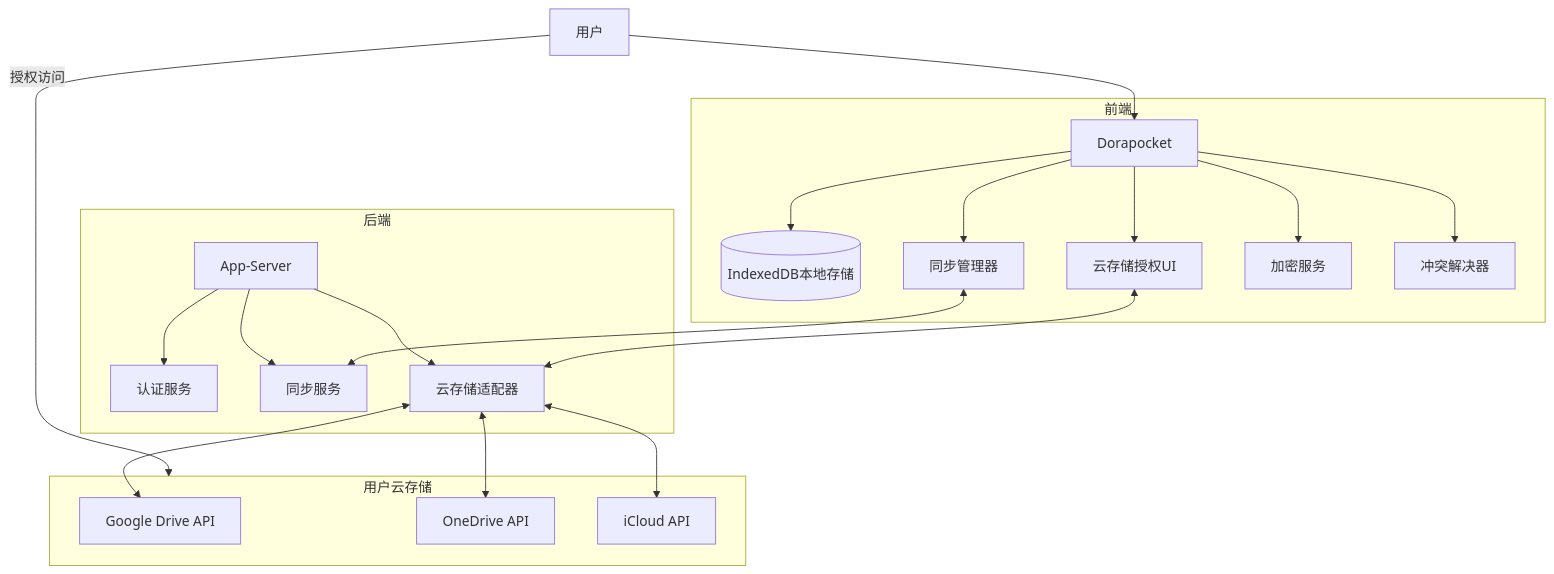
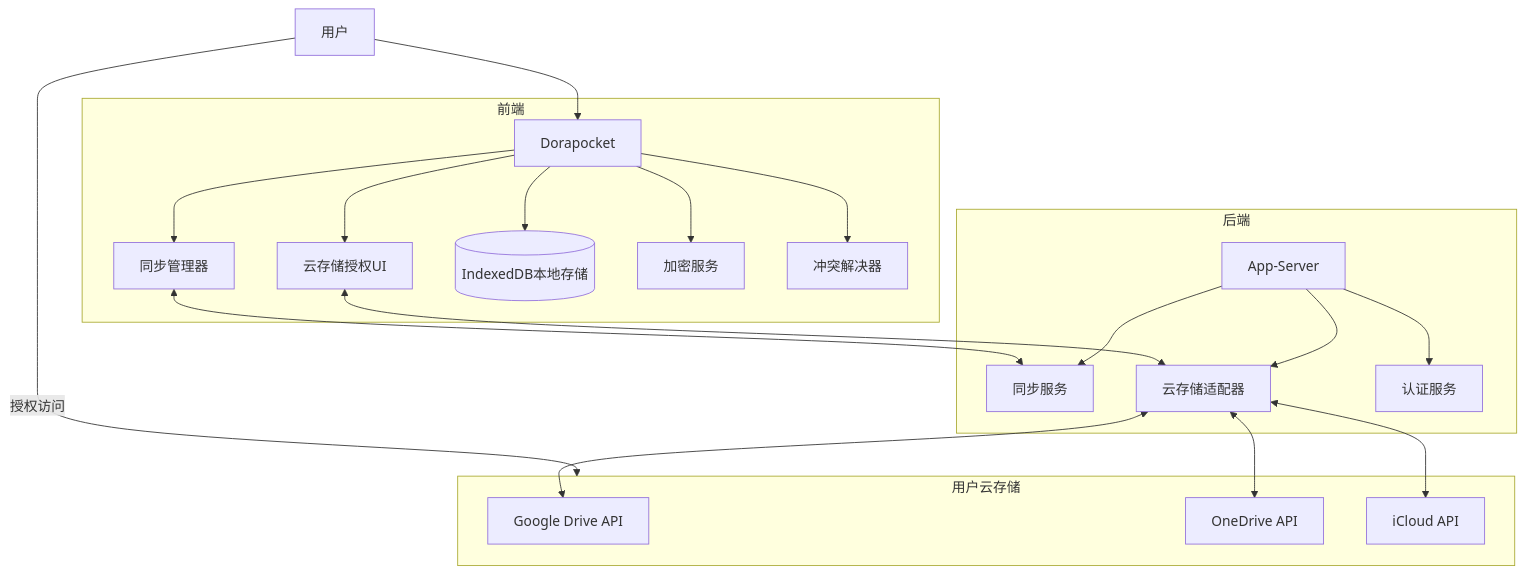
The diagram in all/未命名-34.md (yingjianzh/iodraw-files), drawn with Mermaid before and after one commit.

Commit message:
2025-04-17 10:40:46 update

````diff
--- a/all/未命名-34.md
+++ b/all/未命名-34.md
@@ -1,29 +1,30 @@
 ```mermaid
 flowchart TD
     User[用户] --> FrontEnd[Dorapocket]
-    
+    User -- "授权访问" --> 用户云存储
+    SyncManager <--> SyncService
+    CloudAuthUI <--> CloudAdapter
     subgraph 前端
         FrontEnd --> LocalDB[(IndexedDB本地存储)]
         FrontEnd --> SyncManager[同步管理器]
         FrontEnd --> CloudAuthUI[云存储授权UI]
         FrontEnd --> CryptoService[加密服务]
         FrontEnd --> ConflictResolver[冲突解决器]
     end
     
     subgraph 后端
         AppServer[App-Server] --> AuthService[认证服务]
         AppServer --> SyncService[同步服务]
         AppServer --> CloudAdapter[云存储适配器]
     end
     
-    User -- "授权访问" --> 用户云存储
-    SyncManager <--> SyncService
-    CloudAuthUI <--> CloudAdapter
+    
+
     subgraph 用户云存储
         CloudAdapter <--> GoogleDrive[Google Drive API]
         CloudAdapter <--> OneDrive[OneDrive API]
         CloudAdapter <--> iCloud[iCloud API]
     end
     
     
 ```
````
